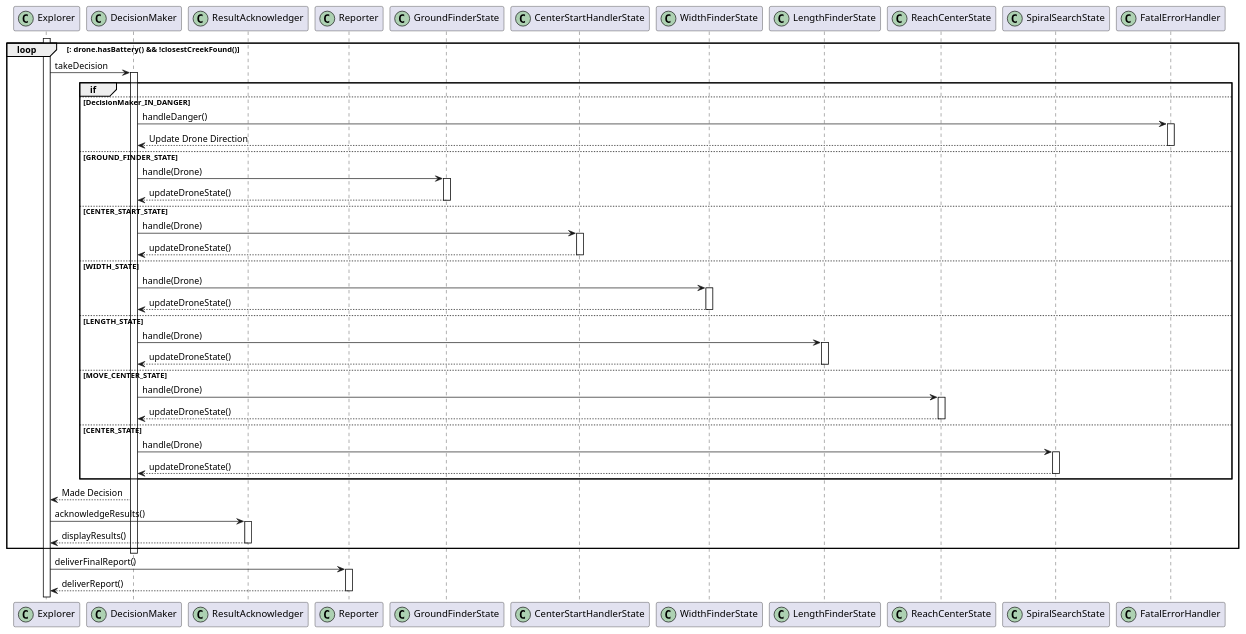
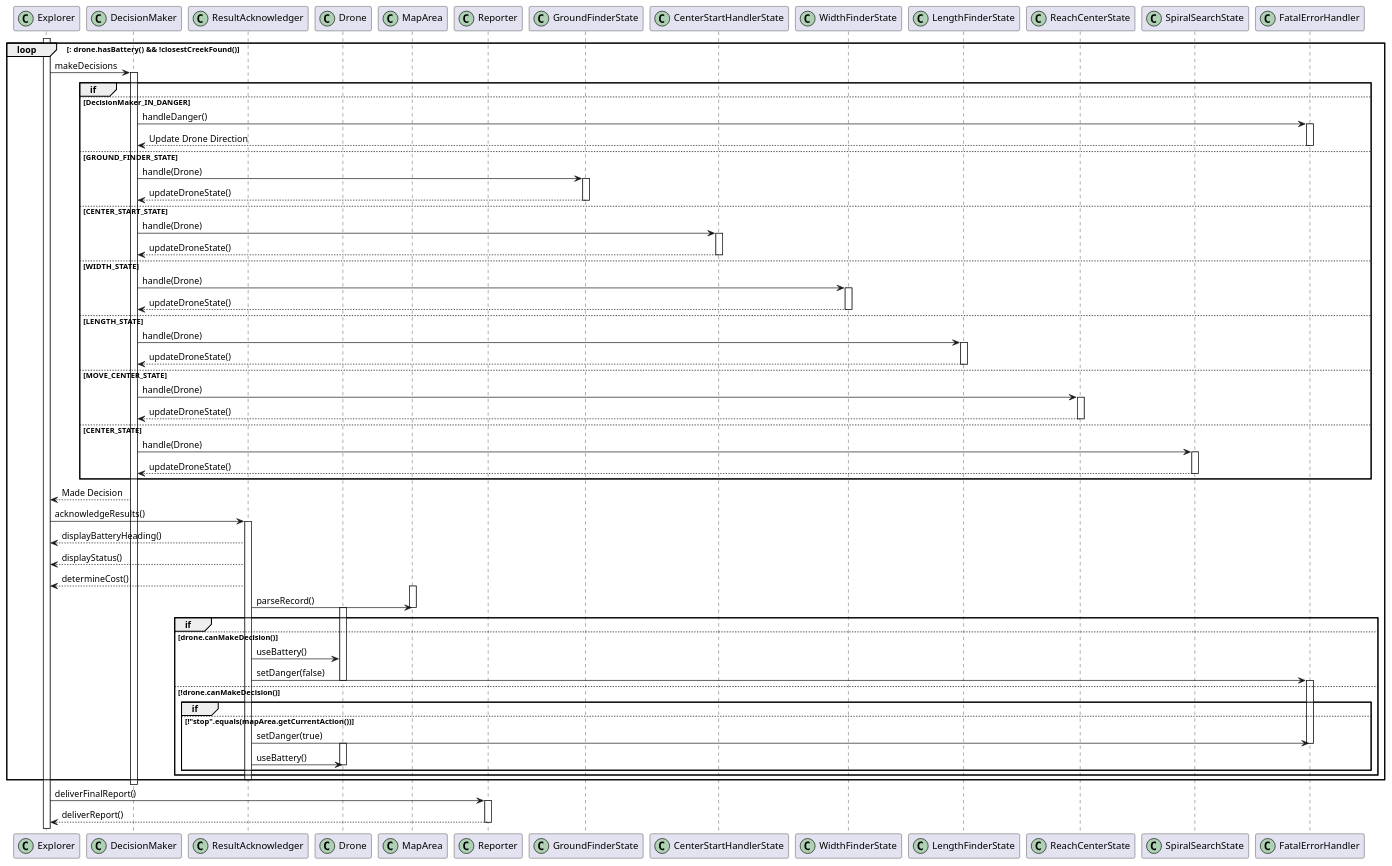
Before and after one commit to 2AA4-W24/a2-rescue-mission-team-106: the diagram in UML Diagrams/Sequence Diagram.puml, drawn with PlantUML.

Commit message:
Additions to sequence diagram

```diff
--- a/UML Diagrams/Sequence Diagram.puml
+++ b/UML Diagrams/Sequence Diagram.puml
@@ -1,72 +1,102 @@
 @startuml
+
 participant Explorer << (C,#ADD1B2)>>
 participant DecisionMaker << (C,#ADD1B2)>>
 participant ResultAcknowledger << (C,#ADD1B2)>>
+participant Drone << (C,#ADD1B2)>>
+participant MapArea << (C,#ADD1B2)>>
 participant Reporter << (C,#ADD1B2)>>
 participant GroundFinderState << (C,#ADD1B2)>>
 participant CenterStartHandlerState << (C,#ADD1B2)>>
 participant WidthFinderState  << (C,#ADD1B2)>>
 participant LengthFinderState << (C,#ADD1B2)>>
 participant ReachCenterState  << (C,#ADD1B2)>>
 participant SpiralSearchState << (C,#ADD1B2)>>
 participant FatalErrorHandler << (C,#ADD1B2)>>
 
 activate Explorer
 loop : drone.hasBattery() && !closestCreekFound()
-Explorer -> DecisionMaker: takeDecision
+Explorer -> DecisionMaker: makeDecisions
 activate DecisionMaker
 
 group if 
 else DecisionMaker_IN_DANGER
 DecisionMaker -> FatalErrorHandler: handleDanger()
 activate FatalErrorHandler
 FatalErrorHandler --> DecisionMaker : Update Drone Direction
 deactivate FatalErrorHandler
 else GROUND_FINDER_STATE
 DecisionMaker -> GroundFinderState : handle(Drone) 
 activate GroundFinderState
 GroundFinderState --> DecisionMaker : updateDroneState()
 deactivate GroundFinderState
 else CENTER_START_STATE
 DecisionMaker -> CenterStartHandlerState : handle(Drone)
 activate CenterStartHandlerState
 CenterStartHandlerState --> DecisionMaker : updateDroneState()
 deactivate CenterStartHandlerState
 else WIDTH_STATE
 DecisionMaker -> WidthFinderState : handle(Drone)
 activate WidthFinderState
 WidthFinderState --> DecisionMaker : updateDroneState()
 deactivate WidthFinderState
 else LENGTH_STATE
 DecisionMaker -> LengthFinderState : handle(Drone)
 activate LengthFinderState
 LengthFinderState --> DecisionMaker : updateDroneState()
 deactivate LengthFinderState
 else MOVE_CENTER_STATE
 DecisionMaker -> ReachCenterState : handle(Drone)
 activate ReachCenterState
 ReachCenterState --> DecisionMaker : updateDroneState()
 deactivate ReachCenterState
 else CENTER_STATE
 DecisionMaker -> SpiralSearchState : handle(Drone)
 activate SpiralSearchState
 SpiralSearchState --> DecisionMaker : updateDroneState()
 deactivate SpiralSearchState
 end
-
 DecisionMaker --> Explorer : Made Decision
 
 Explorer -> ResultAcknowledger: acknowledgeResults()
 activate ResultAcknowledger
-ResultAcknowledger --> Explorer: displayResults()
+ResultAcknowledger --> Explorer: displayBatteryHeading()
+ResultAcknowledger --> Explorer: displayStatus()
+ResultAcknowledger --> Explorer: determineCost()
+
+
+
+activate MapArea
+ResultAcknowledger -> MapArea: parseRecord()
+deactivate MapArea
+
+group if
+else drone.canMakeDecision()
+activate Drone
+ResultAcknowledger -> Drone :useBattery()
+ResultAcknowledger -> FatalErrorHandler :setDanger(false)
+deactivate Drone
+else !drone.canMakeDecision()
+
+group if 
+else !"stop".equals(mapArea.getCurrentAction())
+
+activate FatalErrorHandler
+ResultAcknowledger -> FatalErrorHandler: setDanger(true)
+deactivate FatalErrorHandler
+
+activate Drone
+ResultAcknowledger -> Drone :useBattery()
+deactivate Drone
+end
+end
+
 deactivate ResultAcknowledger
 end
-
 deactivate DecisionMaker
 
 Explorer -> Reporter: deliverFinalReport()
 activate Reporter
 Reporter --> Explorer: deliverReport()
 deactivate Reporter
-
 @enduml
```
